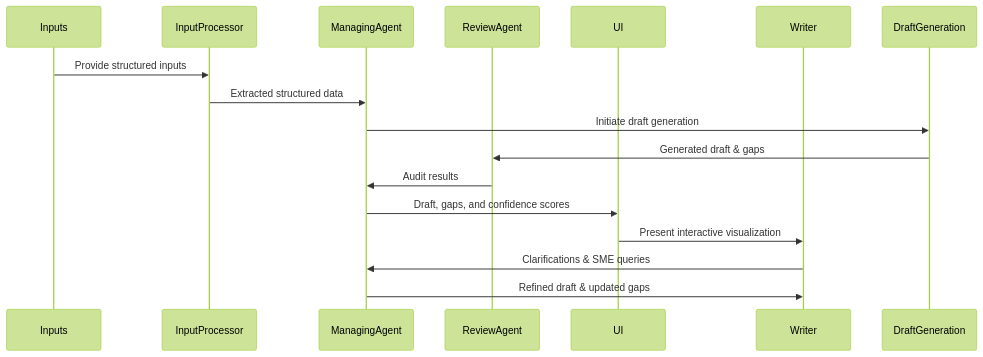
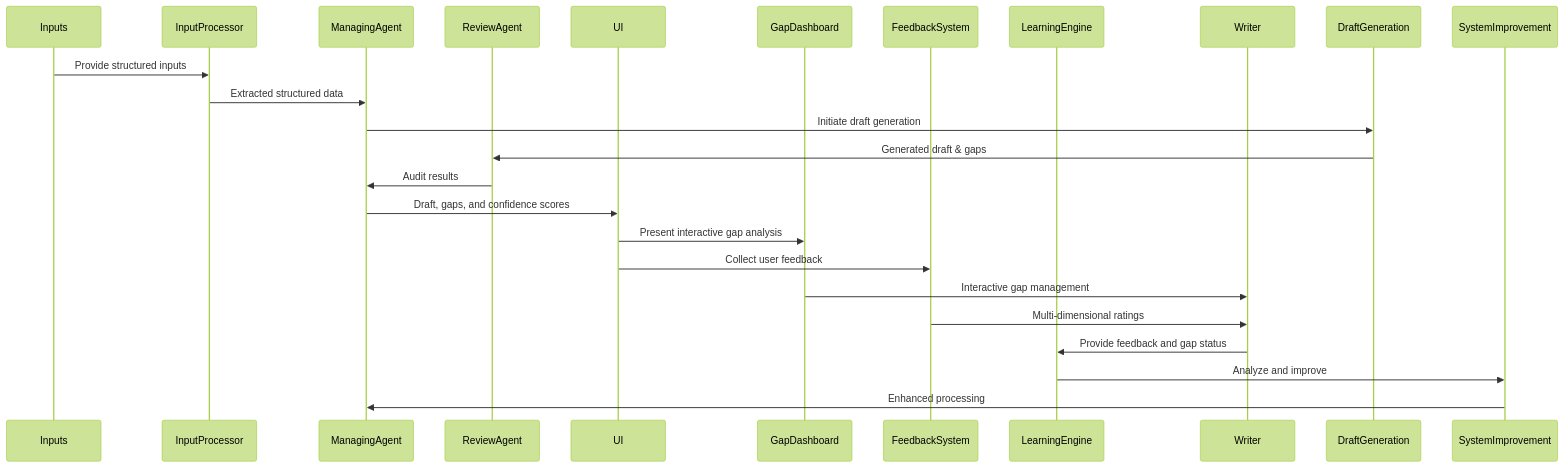
The second of 2 diagrams in PRD.md (mrodgers/doc_creator), drawn with Mermaid (forest theme) before and after one commit. The commit also changed other lines of this file and 29 other files, not shown here.

````diff
--- a/PRD.md
+++ b/PRD.md
@@ -163,19 +262,26 @@
 ```mermaid
 sequenceDiagram
     participant Inputs
     participant InputProcessor
     participant ManagingAgent
     participant ReviewAgent
     participant UI
+    participant GapDashboard
+    participant FeedbackSystem
+    participant LearningEngine
     participant Writer
 
     Inputs ->> InputProcessor: Provide structured inputs
     InputProcessor ->> ManagingAgent: Extracted structured data
     ManagingAgent ->> DraftGeneration: Initiate draft generation
     DraftGeneration ->> ReviewAgent: Generated draft & gaps
     ReviewAgent ->> ManagingAgent: Audit results
     ManagingAgent ->> UI: Draft, gaps, and confidence scores
-    UI ->> Writer: Present interactive visualization
-    Writer ->> ManagingAgent: Clarifications & SME queries
-    ManagingAgent ->> Writer: Refined draft & updated gaps
+    UI ->> GapDashboard: Present interactive gap analysis
+    UI ->> FeedbackSystem: Collect user feedback
+    GapDashboard ->> Writer: Interactive gap management
+    FeedbackSystem ->> Writer: Multi-dimensional ratings
+    Writer ->> LearningEngine: Provide feedback and gap status
+    LearningEngine ->> SystemImprovement: Analyze and improve
+    SystemImprovement ->> ManagingAgent: Enhanced processing
 ```
````
